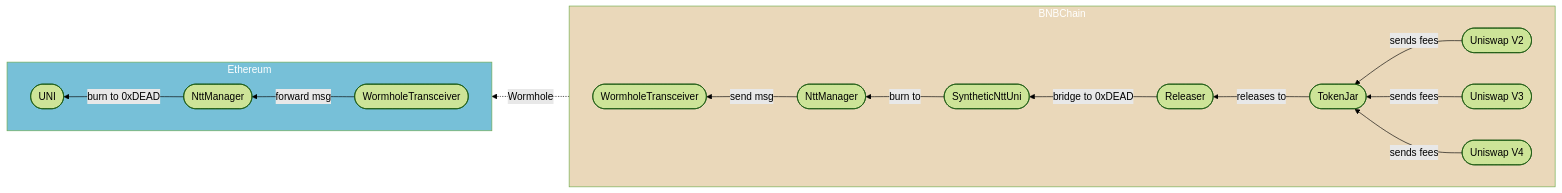
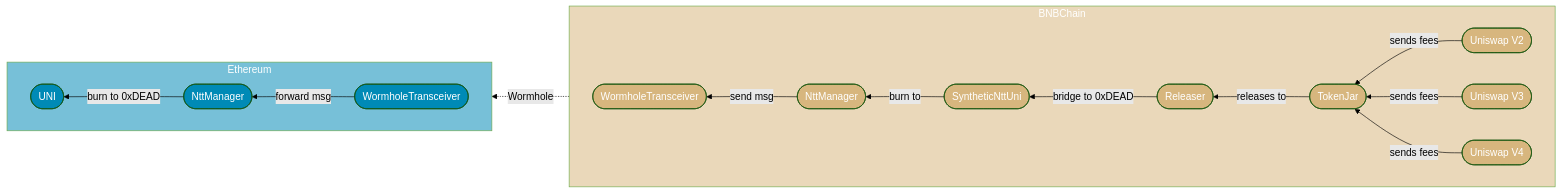
Before and after one commit to Uniswap/protocol-fees: the fourth of 4 diagrams in script/proposal-4/Index.md, drawn with Mermaid (forest theme). The commit also changed other lines of this file and 3 other files, not shown here.

````diff
--- a/script/proposal-4/Index.md
+++ b/script/proposal-4/Index.md
@@ -141,36 +167,38 @@
 ```mermaid
 flowchart RL
-    ETH_WT([WormholeTransceiver])
-    ETH_NTT([NttManager])
-    ETH_UNI([UNI])
-    BNB_WT([WormholeTransceiver])
-    BNB_NTT([NttManager])
-    BNB_UNI([SyntheticNttUni])
-    BNB_R([Releaser])
-    BNB_TJ([TokenJar])
-    BNB_V2([Uniswap V2])
-    BNB_V3([Uniswap V3])
-    BNB_V4([Uniswap V4])
+    ETH_WT([WormholeTransceiver]):::on_eth
+    ETH_NTT([NttManager]):::on_eth
+    ETH_UNI([UNI]):::on_eth
+    BNB_WT([WormholeTransceiver]):::on_bnb
+    BNB_NTT([NttManager]):::on_bnb
+    BNB_UNI([SyntheticNttUni]):::on_bnb
+    BNB_R([Releaser]):::on_bnb
+    BNB_TJ([TokenJar]):::on_bnb
+    BNB_V2([Uniswap V2]):::on_bnb
+    BNB_V3([Uniswap V3]):::on_bnb
+    BNB_V4([Uniswap V4]):::on_bnb
 
     subgraph Ethereum
         direction RL
         ETH_WT -->|forward msg| ETH_NTT
         ETH_NTT -->|burn to 0xDEAD| ETH_UNI
     end
 
     BNBChain:::bnb -.->|Wormhole| Ethereum:::eth
 
     subgraph BNBChain
         direction RL
         BNB_V2 -->|sends fees| BNB_TJ
         BNB_V3 -->|sends fees| BNB_TJ
         BNB_V4 -->|sends fees| BNB_TJ
         BNB_TJ -->|releases to| BNB_R
         BNB_R -->|"bridge to 0xDEAD"| BNB_UNI
         BNB_UNI -->|burn to| BNB_NTT
         BNB_NTT -->|send msg| BNB_WT
     end
 
     classDef bnb fill:#d7b67e88,color:#fff
+    classDef on_bnb fill:#d7b67e,color:#fff
     classDef eth fill:#008ab688,color:#fff
+    classDef on_eth fill:#008ab6,color:#fff
 ```
````
